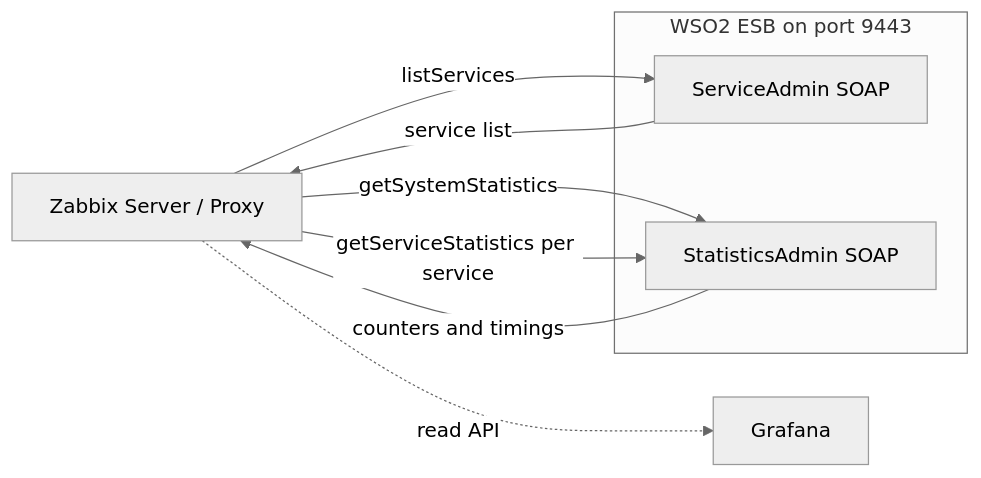
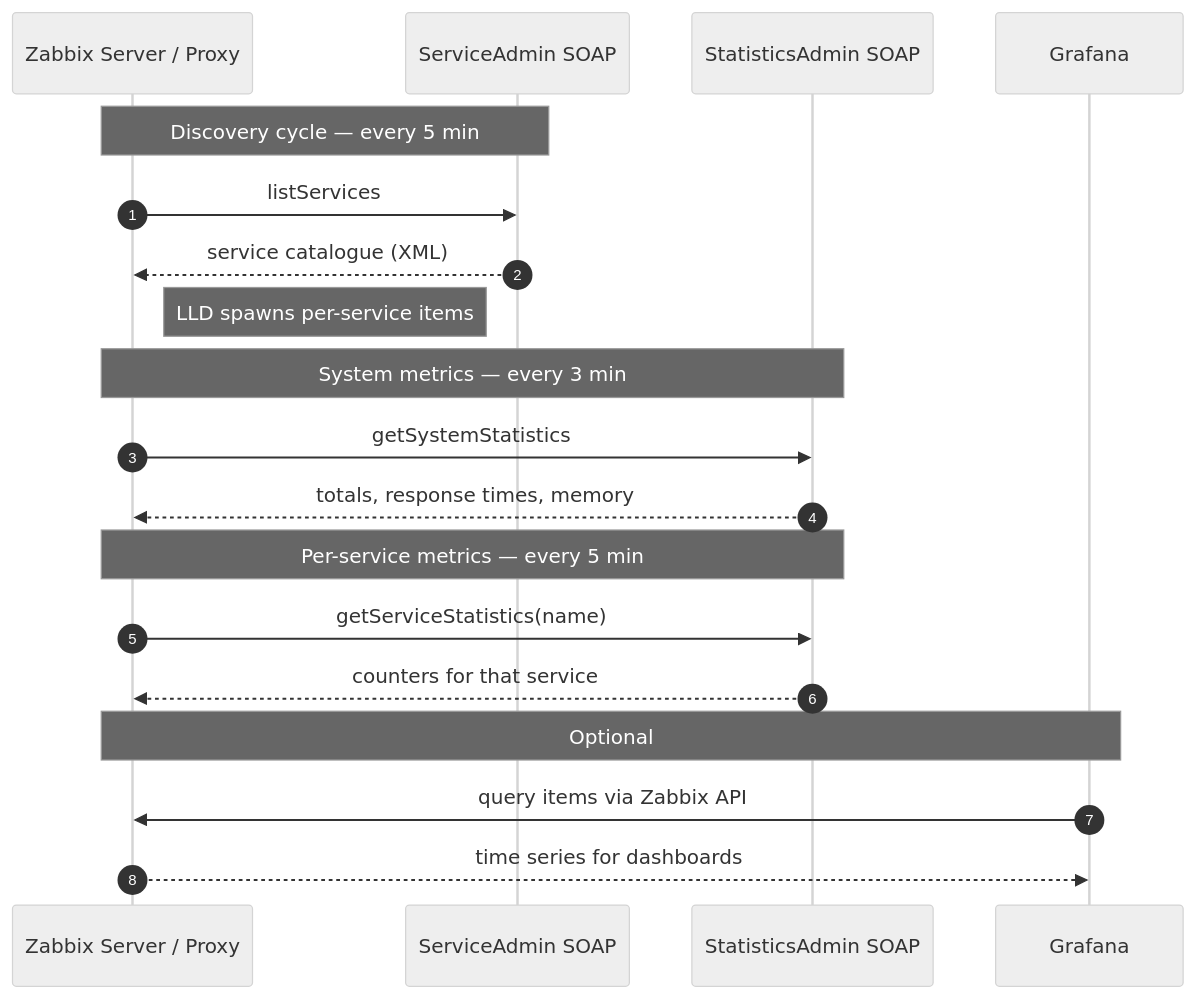
Before and after one commit to danmorcov88/zabbix-template-wso2-esb: the diagram in README.md, drawn with Mermaid (neutral theme). The commit also changed other lines of this file and 5 other files, not shown here.

Commit message:
Add screenshots and switch architecture diagram to a sequence view

````diff
--- a/README.md
+++ b/README.md
@@ -89,16 +114,25 @@
 ```mermaid
-flowchart LR
-    Z[Zabbix Server / Proxy]
-    subgraph WSO2[WSO2 ESB on port 9443]
-        SA[ServiceAdmin SOAP]
-        ST[StatisticsAdmin SOAP]
-    end
-    G[Grafana]
+sequenceDiagram
+    autonumber
+    participant Z as Zabbix Server / Proxy
+    participant SA as ServiceAdmin SOAP
+    participant ST as StatisticsAdmin SOAP
+    participant G as Grafana
 
-    Z -->|listServices| SA
-    Z -->|getSystemStatistics| ST
-    Z -->|getServiceStatistics per service| ST
-    SA -->|service list| Z
-    ST -->|counters and timings| Z
-    Z -.->|read API| G
+    Note over Z,SA: Discovery cycle — every 5 min
+    Z->>SA: listServices
+    SA-->>Z: service catalogue (XML)
+    Note right of Z: LLD spawns per-service items
+
+    Note over Z,ST: System metrics — every 3 min
+    Z->>ST: getSystemStatistics
+    ST-->>Z: totals, response times, memory
+
+    Note over Z,ST: Per-service metrics — every 5 min
+    Z->>ST: getServiceStatistics(name)
+    ST-->>Z: counters for that service
+
+    Note over Z,G: Optional
+    G->>Z: query items via Zabbix API
+    Z-->>G: time series for dashboards
 ```
````
